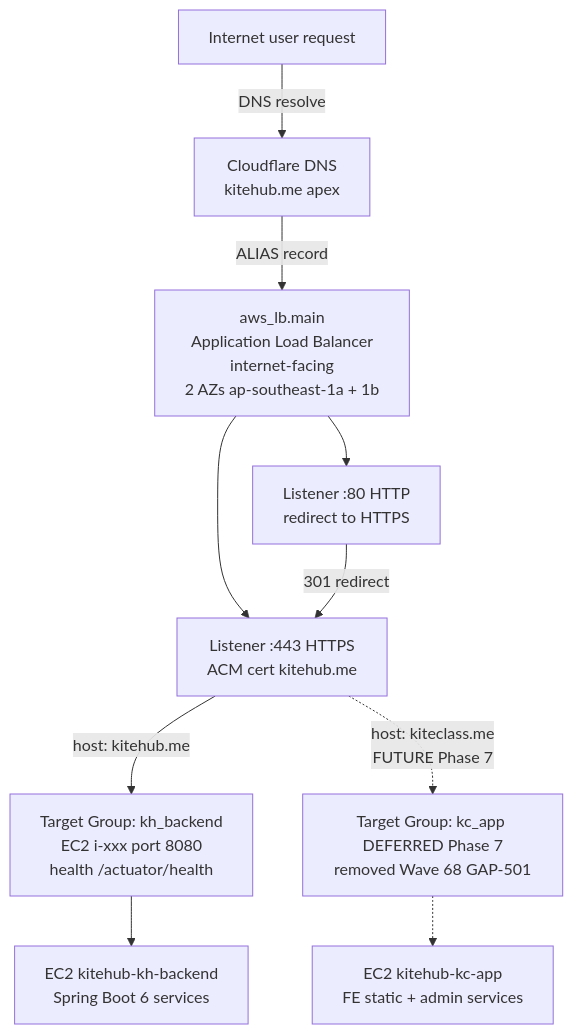
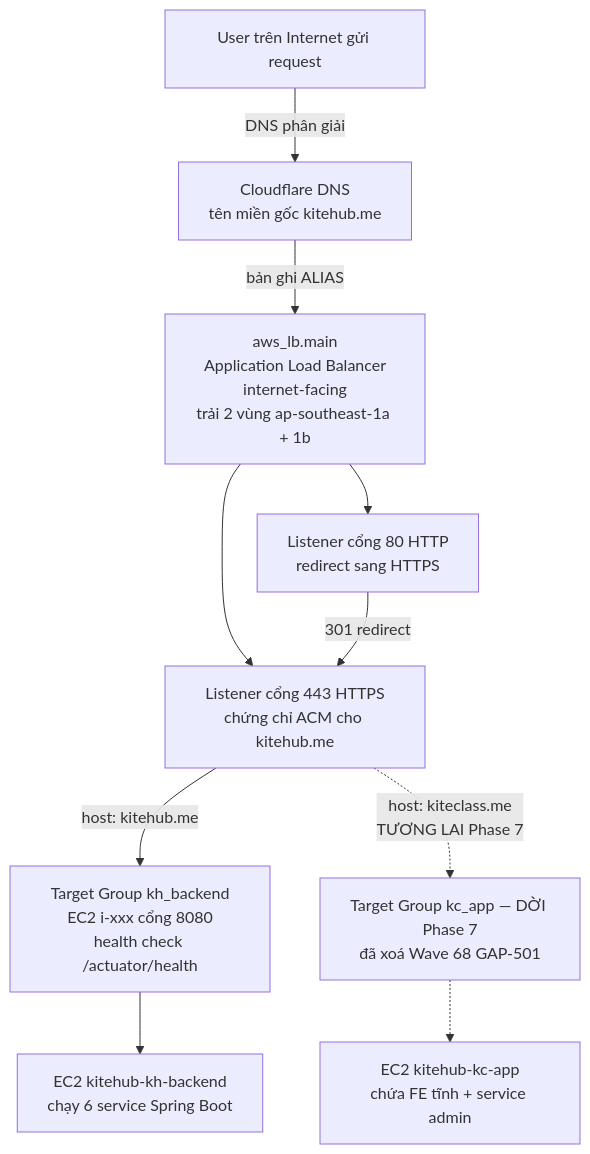
Before and after one commit to VictorAurelius/2026-Kite-Class-Platform: the second of 3 diagrams in documents/02-architecture/alb-architecture.md, drawn with Mermaid. The commit also changed other lines of this file and 1 other file, not shown here.

First line of the commit message:
docs(architecture): ALB report — Vietnamese narrative refresh per dev feedback

````diff
--- a/documents/02-architecture/alb-architecture.md
+++ b/documents/02-architecture/alb-architecture.md
@@ -62,25 +62,25 @@
 ```mermaid
 flowchart TB
-    Internet[Internet user request]
-    CF[Cloudflare DNS<br/>kitehub.me apex]
-    ALB[aws_lb.main<br/>Application Load Balancer<br/>internet-facing<br/>2 AZs ap-southeast-1a + 1b]
+    Internet[User trên Internet gửi request]
+    CF[Cloudflare DNS<br/>tên miền gốc kitehub.me]
+    ALB[aws_lb.main<br/>Application Load Balancer<br/>internet-facing<br/>trải 2 vùng ap-southeast-1a + 1b]
 
-    L80[Listener :80 HTTP<br/>redirect to HTTPS]
-    L443[Listener :443 HTTPS<br/>ACM cert kitehub.me]
+    L80[Listener cổng 80 HTTP<br/>redirect sang HTTPS]
+    L443[Listener cổng 443 HTTPS<br/>chứng chỉ ACM cho kitehub.me]
 
-    TG_BE[Target Group: kh_backend<br/>EC2 i-xxx port 8080<br/>health /actuator/health]
-    TG_FE[Target Group: kc_app DEFERRED Phase 7<br/>removed Wave 68 GAP-501]
+    TG_BE[Target Group kh_backend<br/>EC2 i-xxx cổng 8080<br/>health check /actuator/health]
+    TG_FE[Target Group kc_app — DỜI Phase 7<br/>đã xoá Wave 68 GAP-501]
 
-    EC2_BE[EC2 kitehub-kh-backend<br/>Spring Boot 6 services]
-    EC2_FE[EC2 kitehub-kc-app<br/>FE static + admin services]
+    EC2_BE[EC2 kitehub-kh-backend<br/>chạy 6 service Spring Boot]
+    EC2_FE[EC2 kitehub-kc-app<br/>chứa FE tĩnh + service admin]
 
-    Internet -->|DNS resolve| CF
-    CF -->|ALIAS record| ALB
+    Internet -->|DNS phân giải| CF
+    CF -->|bản ghi ALIAS| ALB
     ALB --> L80
     ALB --> L443
     L80 -->|301 redirect| L443
     L443 -->|host: kitehub.me| TG_BE
-    L443 -.->|host: kiteclass.me<br/>FUTURE Phase 7| TG_FE
+    L443 -.->|host: kiteclass.me<br/>TƯƠNG LAI Phase 7| TG_FE
     TG_BE --> EC2_BE
     TG_FE -.-> EC2_FE
 ```
````
